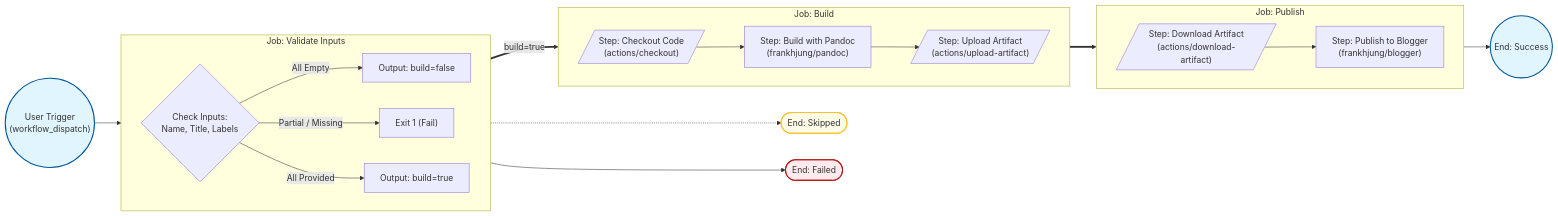
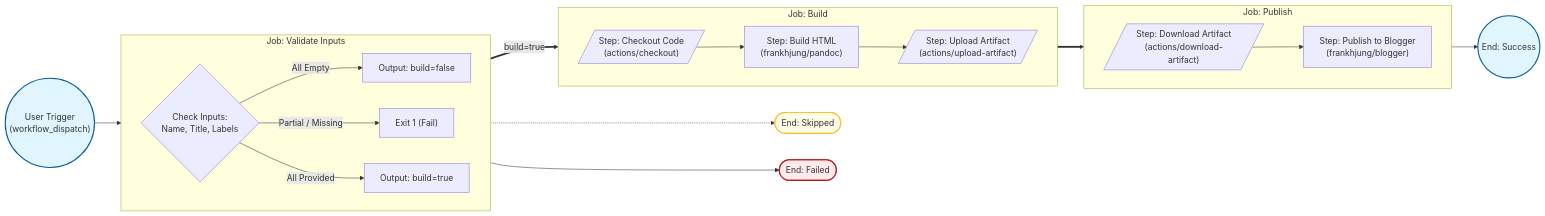
Before and after one commit to frankhjung/article-markdown: the diagram in README.md, drawn with Mermaid. The commit also changed other lines of this file and 14 other files, not shown here.

````diff
--- a/README.md
+++ b/README.md
@@ -22,54 +22,54 @@
 ```mermaid
 graph LR
     %% Trigger
     Start(("User Trigger<br/>(workflow_dispatch)")) --> ValidateJob
 
     %% Job: Validate
     subgraph ValidateJob ["Job: Validate Inputs"]
         direction LR
         InputLogic{"Check Inputs:<br/>Name, Title, Labels"}
 
         InputLogic -- "All Empty" --> OutputSkip["Output: build=false"]
         InputLogic -- "Partial / Missing" --> ExitFail["Exit 1 (Fail)"]
         InputLogic -- "All Provided" --> OutputBuild["Output: build=true"]
     end
 
    %% Conditional Logic between Jobs
     OutputSkip -.-> EndSkip([End: Skipped])
     ExitFail --> EndFail([End: Failed])
    OutputBuild ==>|build=true| StepCheckout
 
       %% Job: Build
       subgraph BuildJob ["Job: Build"]
         direction LR
 
         StepCheckout[/"Step: Checkout Code<br/>(actions/checkout)"/]
-        StepPandoc["Step: Build with Pandoc<br/>(frankhjung/pandoc)"]
+        StepPandoc["Step: Build HTML<br/>(frankhjung/pandoc)"]
         StepUpload[/"Step: Upload Artifact<br/>(actions/upload-artifact)"/]
 
         StepCheckout --> StepPandoc
         StepPandoc --> StepUpload
     end
 
     %% Job: Publish
     subgraph PublishJob ["Job: Publish"]
         direction LR
         StepDownload[/"Step: Download Artifact<br/>(actions/download-artifact)"/]
         StepBlogger["Step: Publish to Blogger<br/>(frankhjung/blogger)"]
 
         StepDownload --> StepBlogger
     end
 
     %% End State
     StepUpload ==> StepDownload
     StepBlogger --> EndSuccess((End: Success))
 
     %% Styling
     classDef green fill:#e1f5fe,stroke:#01579b,stroke-width:2px;
     classDef red fill:#ffebee,stroke:#b71c1c,stroke-width:2px;
     classDef yellow fill:#fffde7,stroke:#fbc02d,stroke-width:2px;
 
     class Start,EndSuccess green;
     class EndFail red;
     class EndSkip yellow;
 ```
````
